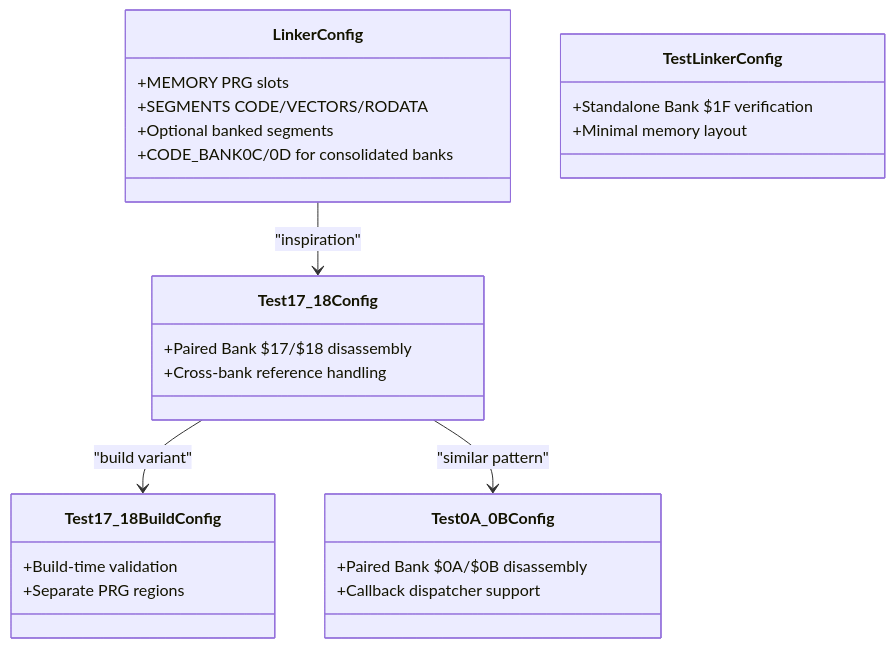
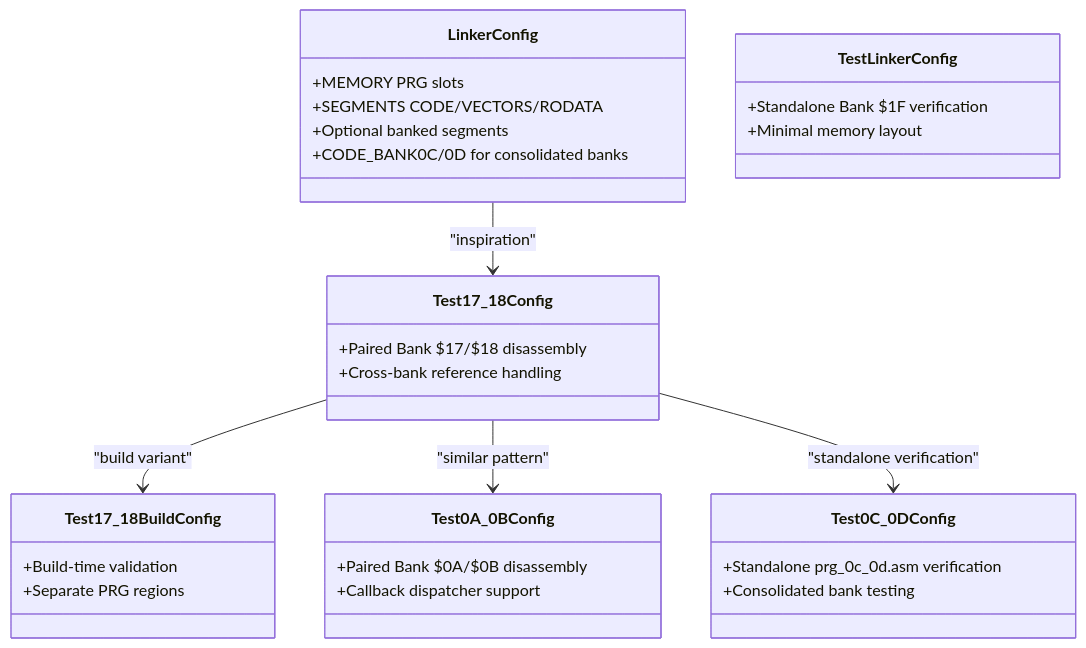
The eighth of 19 diagrams in .qoder/repowiki/en/content/Build System and Tools/Build System and Tools.md (rabbyzero/sango2dasm), drawn with Mermaid before and after one commit. The commit also changed other lines of this file and 11 other files, not shown here.

Commit message:
prg bank $0c $0d analysis WIP.

````diff
--- a/.qoder/repowiki/en/content/Build System and Tools/Build System and Tools.md
+++ b/.qoder/repowiki/en/content/Build System and Tools/Build System and Tools.md
@@ -889,28 +957,33 @@
 ```mermaid
 classDiagram
 class LinkerConfig {
 +MEMORY PRG slots
 +SEGMENTS CODE/VECTORS/RODATA
 +Optional banked segments
 +CODE_BANK0C/0D for consolidated banks
 }
 class TestLinkerConfig {
 +Standalone Bank $1F verification
 +Minimal memory layout
 }
 class Test17_18Config {
 +Paired Bank $17/$18 disassembly
 +Cross-bank reference handling
 }
 class Test17_18BuildConfig {
 +Build-time validation
 +Separate PRG regions
 }
 class Test0A_0BConfig {
 +Paired Bank $0A/$0B disassembly
 +Callback dispatcher support
 }
+class Test0C_0DConfig {
++Standalone prg_0c_0d.asm verification
++Consolidated bank testing
+}
 LinkerConfig --> Test17_18Config : "inspiration"
 Test17_18Config --> Test17_18BuildConfig : "build variant"
 Test17_18Config --> Test0A_0BConfig : "similar pattern"
+Test17_18Config --> Test0C_0DConfig : "standalone verification"
 ```
````
